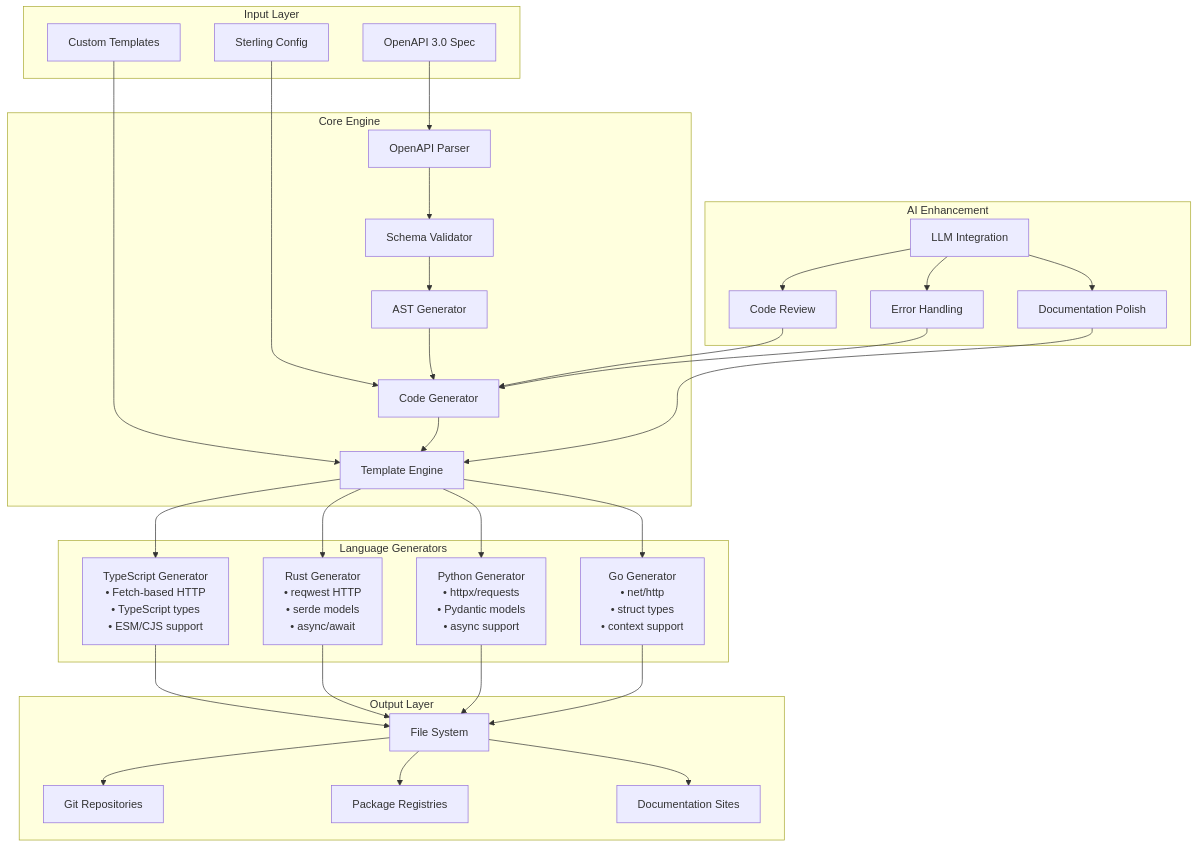
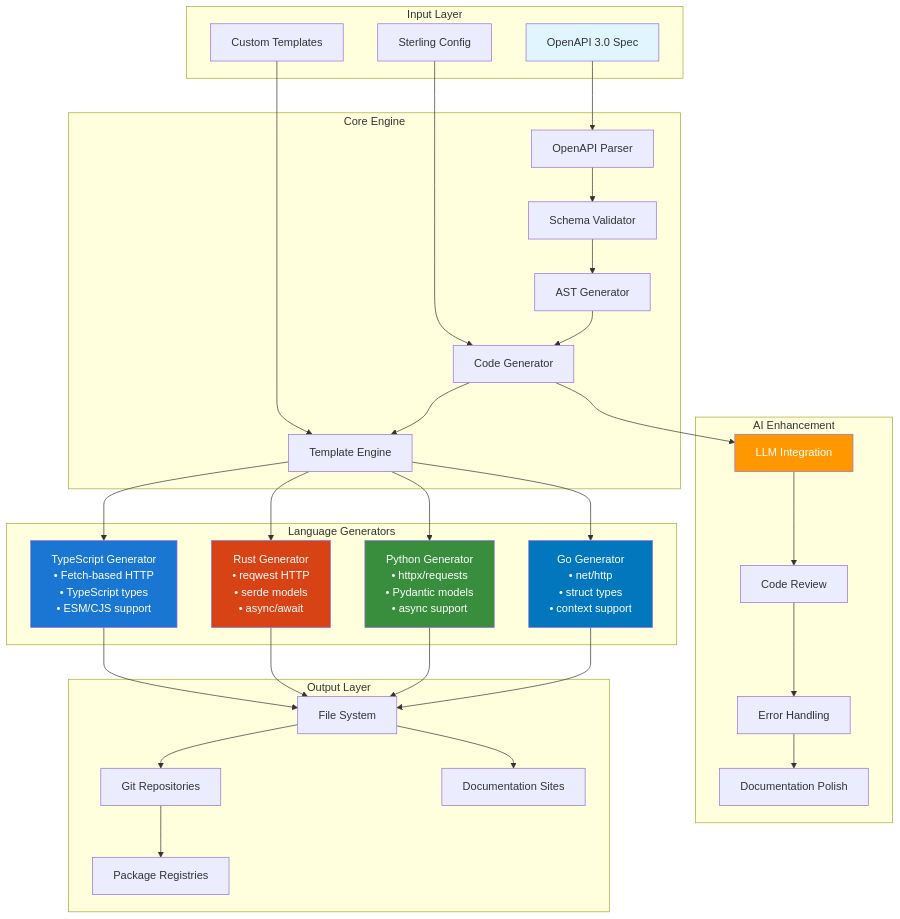
Before and after one commit to hdresearch/sterling: the third of 4 diagrams in README.md, drawn with Mermaid. The commit also changed other lines of this file, not shown here.

````diff
--- a/README.md
+++ b/README.md
@@ -80,65 +80,72 @@
 ```mermaid
 graph TB
     subgraph "Input Layer"
         A[OpenAPI 3.0 Spec]
         B[Sterling Config]
         C[Custom Templates]
     end
     
     subgraph "Core Engine"
         D[OpenAPI Parser]
         E[Schema Validator]
         F[AST Generator]
         G[Code Generator]
         H[Template Engine]
     end
     
     subgraph "Language Generators"
         I[TypeScript Generator<br/>• Fetch-based HTTP<br/>• TypeScript types<br/>• ESM/CJS support]
         J[Rust Generator<br/>• reqwest HTTP<br/>• serde models<br/>• async/await]
         K[Python Generator<br/>• httpx/requests<br/>• Pydantic models<br/>• async support]
         L[Go Generator<br/>• net/http<br/>• struct types<br/>• context support]
     end
     
     subgraph "AI Enhancement"
         M[LLM Integration]
         N[Code Review]
         O[Error Handling]
         P[Documentation Polish]
     end
     
     subgraph "Output Layer"
         Q[File System]
         R[Git Repositories]
         S[Package Registries]
         T[Documentation Sites]
     end
     
     A --> D
     B --> G
     C --> H
+    
     D --> E
     E --> F
     F --> G
     G --> H
+    
     H --> I
     H --> J
     H --> K
     H --> L
     
+    G --> M
     M --> N
-    M --> O
-    M --> P
-    N --> G
-    O --> G
-    P --> H
+    N --> O
+    O --> P
     
     I --> Q
     J --> Q
     K --> Q
     L --> Q
     
     Q --> R
-    Q --> S
+    R --> S
     Q --> T
+    
+    style A fill:#e1f5fe
+    style I fill:#1976d2,color:#fff
+    style J fill:#d84315,color:#fff
+    style K fill:#388e3c,color:#fff
+    style L fill:#0277bd,color:#fff
+    style M fill:#ff9800,color:#fff
 ```
````
